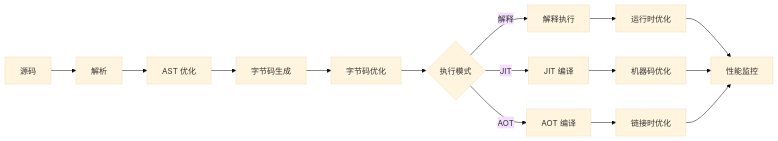
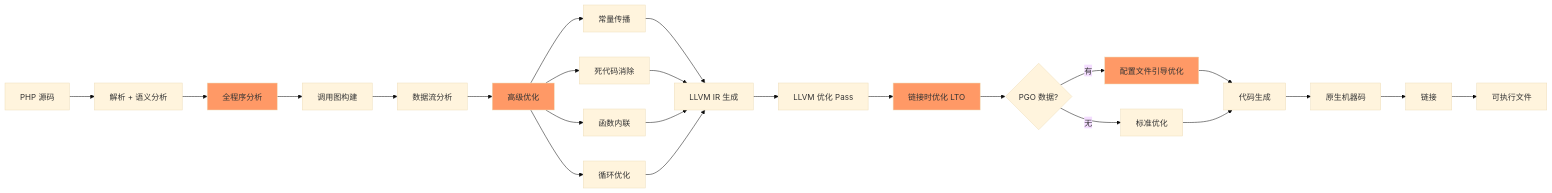
The second of 2 diagrams in zig-php-parser/.kiro/specs/advanced-compiler-optimization/design.md (xiusin/ai-zig-php-parser), drawn with Mermaid (base theme) before and after one commit. The commit also changed other lines of this file and 4 other files, not shown here.

First line of the commit message:
docs(specs): Update AOT-first optimization strategy and architecture design

````diff
--- a/zig-php-parser/.kiro/specs/advanced-compiler-optimization/design.md
+++ b/zig-php-parser/.kiro/specs/advanced-compiler-optimization/design.md
@@ -47,20 +71,37 @@
 ```mermaid
 graph LR
-    A[源码] --> B[解析]
-    B --> C[AST 优化]
-    C --> D[字节码生成]
-    D --> E[字节码优化]
-    E --> F{执行模式}
+    A[PHP 源码] --> B[解析 + 语义分析]
+    B --> C[全程序分析]
+    C --> D[调用图构建]
+    D --> E[数据流分析]
     
-    F -->|解释| G[解释执行]
-    F -->|JIT| H[JIT 编译]
-    F -->|AOT| I[AOT 编译]
+    E --> F[高级优化]
+    F --> G[常量传播]
+    F --> H[死代码消除]
+    F --> I[函数内联]
+    F --> J[循环优化]
     
-    G --> J[运行时优化]
-    H --> K[机器码优化]
-    I --> L[链接时优化]
+    G --> K[LLVM IR 生成]
+    H --> K
+    I --> K
+    J --> K
     
-    J --> M[性能监控]
-    K --> M
-    L --> M
+    K --> L[LLVM 优化 Pass]
+    L --> M[链接时优化 LTO]
+    M --> N{PGO 数据?}
+    
+    N -->|有| O[配置文件引导优化]
+    N -->|无| P[标准优化]
+    
+    O --> Q[代码生成]
+    P --> Q
+    
+    Q --> R[原生机器码]
+    R --> S[链接]
+    S --> T[可执行文件]
+    
+    style C fill:#f96
+    style F fill:#f96
+    style M fill:#f96
+    style O fill:#f96
 ```
````
